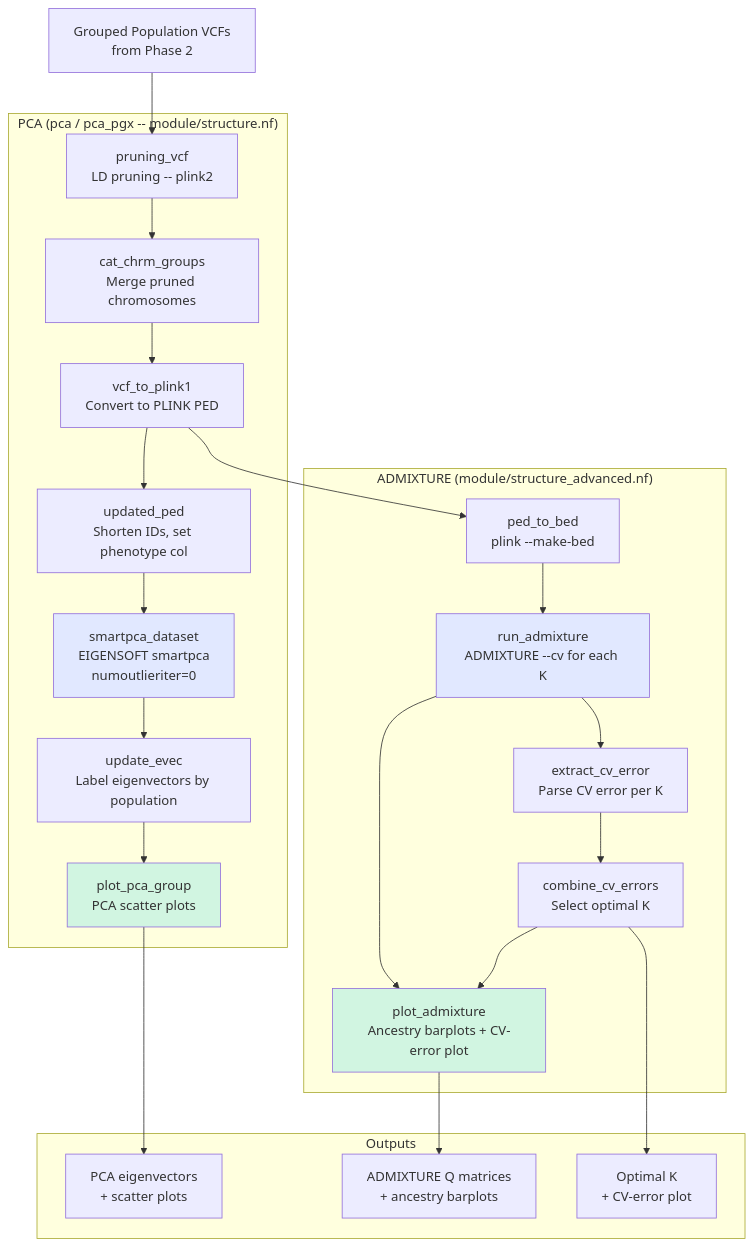
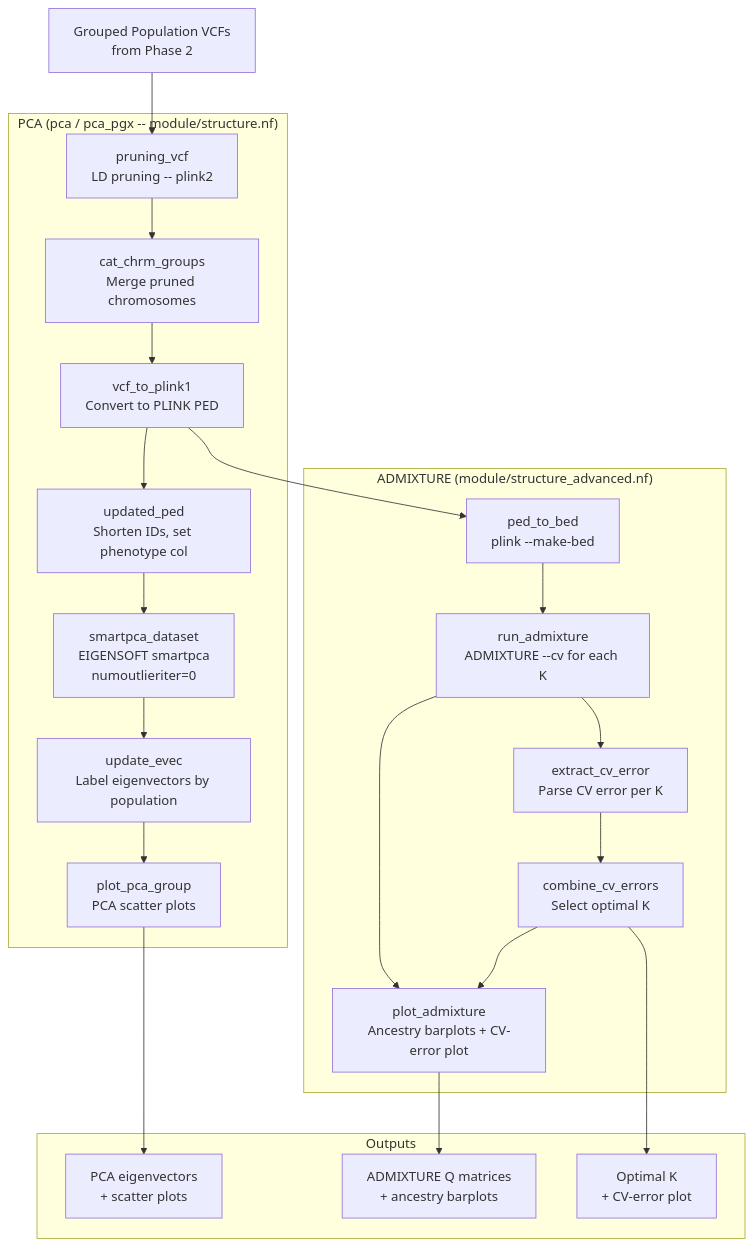
The seventh of 8 diagrams in docs/WORKFLOW_GRAPH.md (mamanambiya/exome_aibst_b38), drawn with Mermaid before and after one commit. The commit also changed other lines of this file, not shown here.

First line of the commit message:
docs: remove low-contrast fill colours from workflow graph

````diff
--- a/docs/WORKFLOW_GRAPH.md
+++ b/docs/WORKFLOW_GRAPH.md
@@ -229,37 +209,33 @@
 ```mermaid
 graph TB
     GroupVCF[Grouped Population VCFs<br/>from Phase 2] --> Prune[pruning_vcf<br/>LD pruning -- plink2]
 
     subgraph "PCA (pca / pca_pgx -- module/structure.nf)"
         Prune --> CatChrm[cat_chrm_groups<br/>Merge pruned chromosomes]
         CatChrm --> ToPlink[vcf_to_plink1<br/>Convert to PLINK PED]
         ToPlink --> UpdPed[updated_ped<br/>Shorten IDs, set phenotype col]
         UpdPed --> SmartPCA[smartpca_dataset<br/>EIGENSOFT smartpca<br/>numoutlieriter=0]
         SmartPCA --> UpdEvec[update_evec<br/>Label eigenvectors by population]
         UpdEvec --> PlotPCA[plot_pca_group<br/>PCA scatter plots]
     end
 
     subgraph "ADMIXTURE (module/structure_advanced.nf)"
         ToPlink --> ToBed[ped_to_bed<br/>plink --make-bed]
         ToBed --> RunAdm[run_admixture<br/>ADMIXTURE --cv for each K]
         RunAdm --> CVErr[extract_cv_error<br/>Parse CV error per K]
         CVErr --> CombCV[combine_cv_errors<br/>Select optimal K]
         CombCV --> PlotAdm[plot_admixture<br/>Ancestry barplots + CV-error plot]
         RunAdm --> PlotAdm
     end
 
     subgraph "Outputs"
         OUT1[PCA eigenvectors<br/>+ scatter plots]
         OUT2[ADMIXTURE Q matrices<br/>+ ancestry barplots]
         OUT3[Optimal K<br/>+ CV-error plot]
     end
 
     PlotPCA --> OUT1
     PlotAdm --> OUT2
     CombCV --> OUT3
 
-    style SmartPCA fill:#e1e8ff
-    style RunAdm fill:#e1e8ff
-    style PlotPCA fill:#d1f5e1
-    style PlotAdm fill:#d1f5e1
 ```
````
